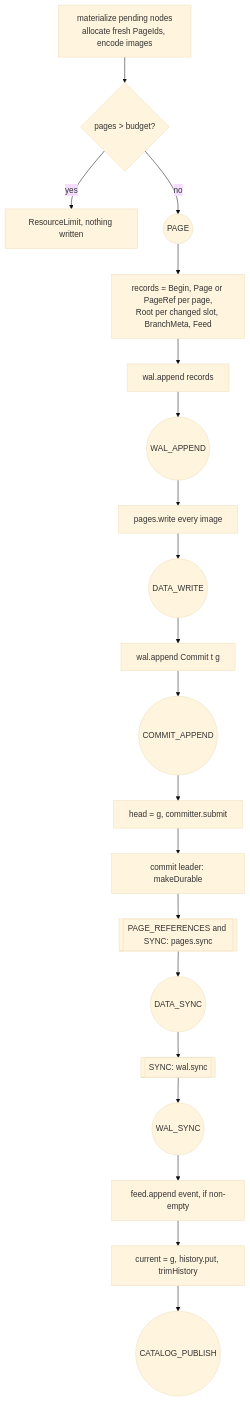
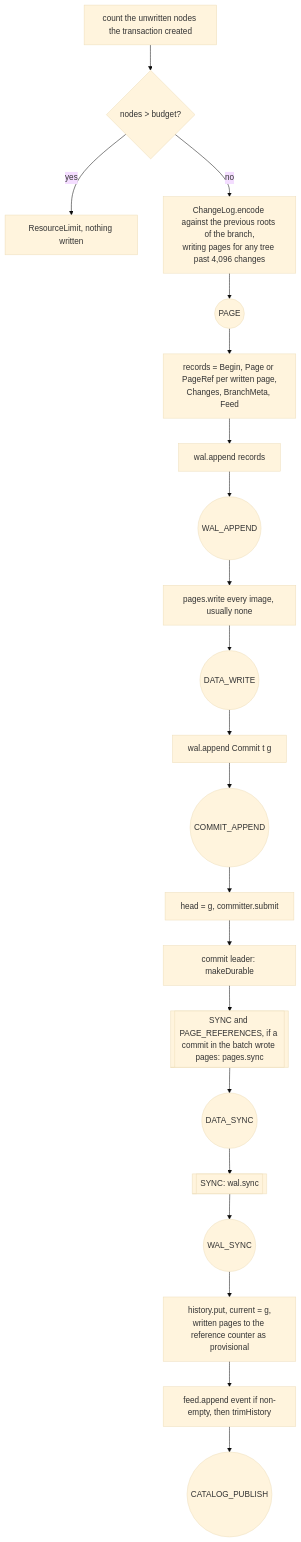
One commit to Ujjwaljain16/hypergraph changed the first of 2 diagrams in docs/transactions/wal-and-recovery.md. Above: the diagram before and after it, drawn with Mermaid (base theme). The commit also changed other lines of this file and 12 other files, not shown here.

````diff
--- a/docs/transactions/wal-and-recovery.md
+++ b/docs/transactions/wal-and-recovery.md
@@ -137,22 +162,23 @@
 ```mermaid
 flowchart TD
-    A[materialize pending nodes<br/>allocate fresh PageIds, encode images] --> B{pages > budget?}
+    A[count the unwritten nodes the transaction created] --> B{nodes > budget?}
     B -- yes --> X[ResourceLimit, nothing written]
-    B -- no --> P((PAGE))
-    P --> R[records = Begin, Page or PageRef per page,<br/>Root per changed slot, BranchMeta, Feed]
+    B -- no --> E[ChangeLog.encode against the previous roots of the branch,<br/>writing pages for any tree past 4,096 changes]
+    E --> P((PAGE))
+    P --> R[records = Begin, Page or PageRef per written page,<br/>Changes, BranchMeta, Feed]
     R --> W1[wal.append records]
     W1 --> WA((WAL_APPEND))
-    WA --> D[pages.write every image]
+    WA --> D[pages.write every image, usually none]
     D --> DW((DATA_WRITE))
     DW --> C[wal.append Commit t g]
     C --> CA((COMMIT_APPEND))
     CA --> H[head = g, committer.submit]
     H --> F[commit leader: makeDurable]
-    F --> DS[[PAGE_REFERENCES and SYNC: pages.sync]]
+    F --> DS[[SYNC and PAGE_REFERENCES, if a commit in the batch wrote pages: pages.sync]]
     DS --> DSP((DATA_SYNC))
     DSP --> WS[[SYNC: wal.sync]]
     WS --> WSP((WAL_SYNC))
-    WSP --> FD[feed.append event, if non-empty]
-    FD --> PUB[current = g, history.put, trimHistory]
-    PUB --> CP((CATALOG_PUBLISH))
+    WSP --> PUB[history.put, current = g,<br/>written pages to the reference counter as provisional]
+    PUB --> FD[feed.append event if non-empty, then trimHistory]
+    FD --> CP((CATALOG_PUBLISH))
 ```
````
